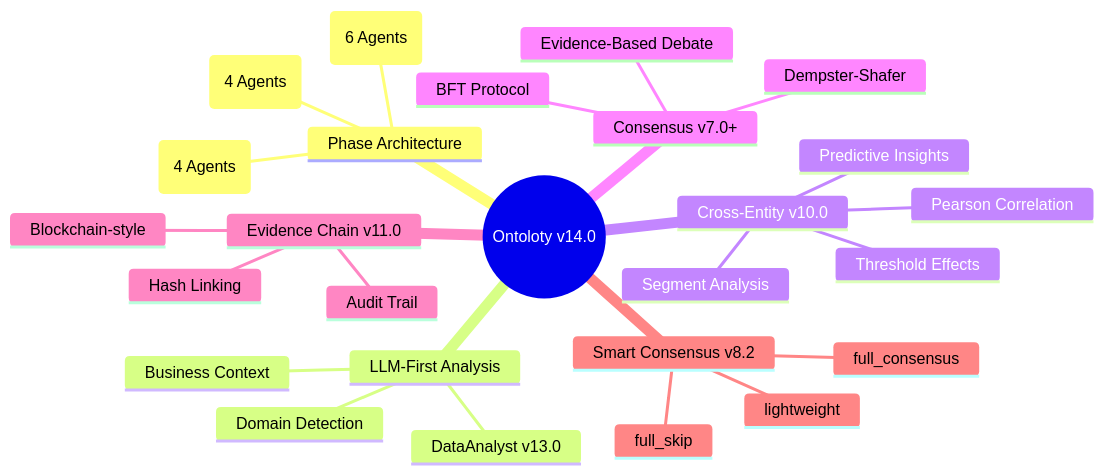
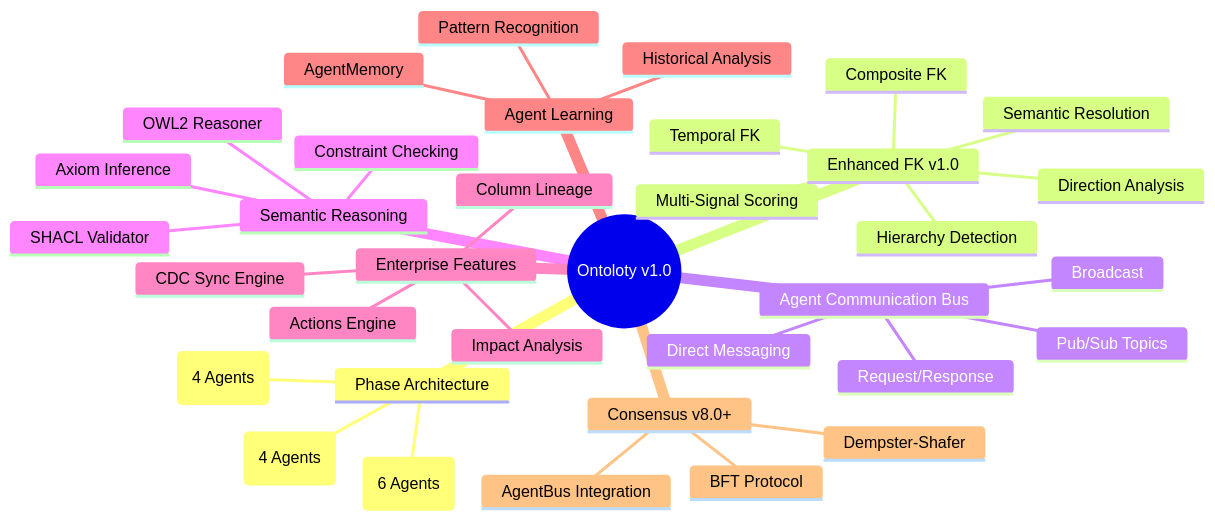
The eighth of 9 diagrams in docs/diagrams/01-system-architecture.md (sabill123/ontology), drawn with Mermaid before and after one commit. The commit also changed other lines of this file and 176 other files, not shown here.

First line of the commit message:
feat: v22.1 — GitHub Actions CI + sample bias fix + HIGH_CONTEXT model

````diff
--- a/docs/diagrams/01-system-architecture.md
+++ b/docs/diagrams/01-system-architecture.md
@@ -233,29 +456,38 @@
 ```mermaid
 mindmap
-    root((Ontoloty v14.0))
+    root((Ontoloty v1.0))
         Phase Architecture
             Discovery (6 Agents)
             Refinement (4 Agents)
             Governance (4 Agents)
-        LLM-First Analysis
-            DataAnalyst v13.0
-            Domain Detection
-            Business Context
-        Cross-Entity v10.0
-            Pearson Correlation
-            Threshold Effects
-            Segment Analysis
-            Predictive Insights
-        Consensus v7.0+
+        Enhanced FK v1.0
+            Multi-Signal Scoring
+            Direction Analysis
+            Semantic Resolution
+            Composite FK
+            Hierarchy Detection
+            Temporal FK
+        Agent Communication Bus
+            Direct Messaging
+            Broadcast
+            Request/Response
+            Pub/Sub Topics
+        Semantic Reasoning
+            OWL2 Reasoner
+            SHACL Validator
+            Axiom Inference
+            Constraint Checking
+        Enterprise Features
+            Actions Engine
+            CDC Sync Engine
+            Column Lineage
+            Impact Analysis
+        Agent Learning
+            AgentMemory
+            Pattern Recognition
+            Historical Analysis
+        Consensus v8.0+
             BFT Protocol
             Dempster-Shafer
-            Evidence-Based Debate
-        Evidence Chain v11.0
-            Blockchain-style
-            Hash Linking
-            Audit Trail
-        Smart Consensus v8.2
-            full_skip
-            lightweight
-            full_consensus
+            AgentBus Integration
 ```
````
